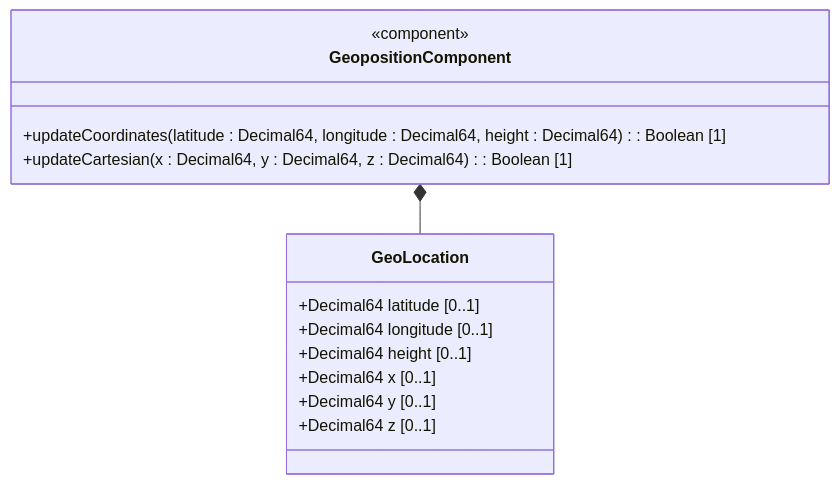
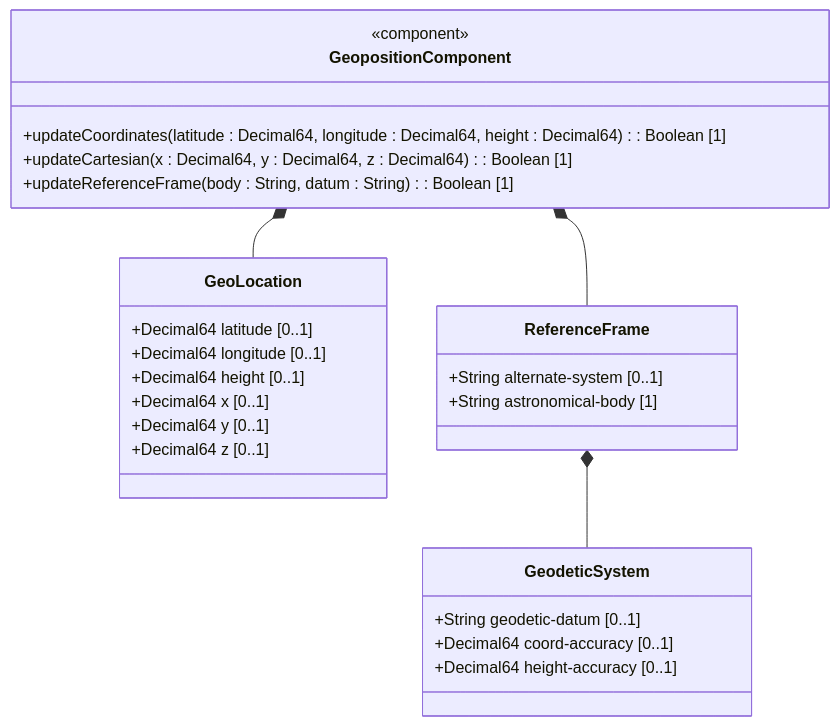
One commit to gintatkinson/dep-tst39 changed the first of 2 diagrams in docs/epics/epic-01-geo-position.md. Above: the diagram before and after it, drawn with Mermaid. The commit also changed other lines of this file and 3 other files, not shown here.

Commit message:
docs: create specifications -- Geographic Location Reference Frame feature, user story, and use case

````diff
--- a/docs/epics/epic-01-geo-position.md
+++ b/docs/epics/epic-01-geo-position.md
@@ -27,17 +30,29 @@
 ```mermaid
 classDiagram
     class GeopositionComponent {
         <<component>>
         +updateCoordinates(latitude : Decimal64, longitude : Decimal64, height : Decimal64) : Boolean [1]
         +updateCartesian(x : Decimal64, y : Decimal64, z : Decimal64) : Boolean [1]
+        +updateReferenceFrame(body : String, datum : String) : Boolean [1]
     }
     class GeoLocation {
         +Decimal64 latitude [0..1]
         +Decimal64 longitude [0..1]
         +Decimal64 height [0..1]
         +Decimal64 x [0..1]
         +Decimal64 y [0..1]
         +Decimal64 z [0..1]
     }
+    class ReferenceFrame {
+        +String alternate-system [0..1]
+        +String astronomical-body [1]
+    }
+    class GeodeticSystem {
+        +String geodetic-datum [0..1]
+        +Decimal64 coord-accuracy [0..1]
+        +Decimal64 height-accuracy [0..1]
+    }
     GeopositionComponent *-- GeoLocation
+    GeopositionComponent *-- ReferenceFrame
+    ReferenceFrame *-- GeodeticSystem
 ```
````
